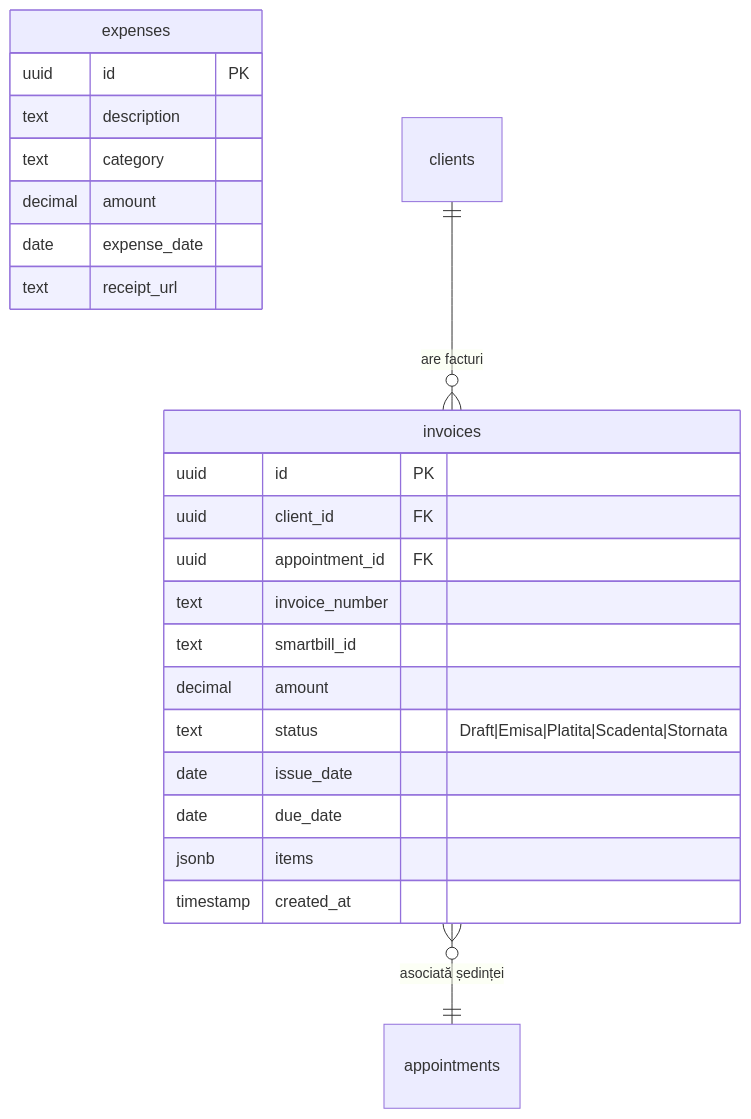
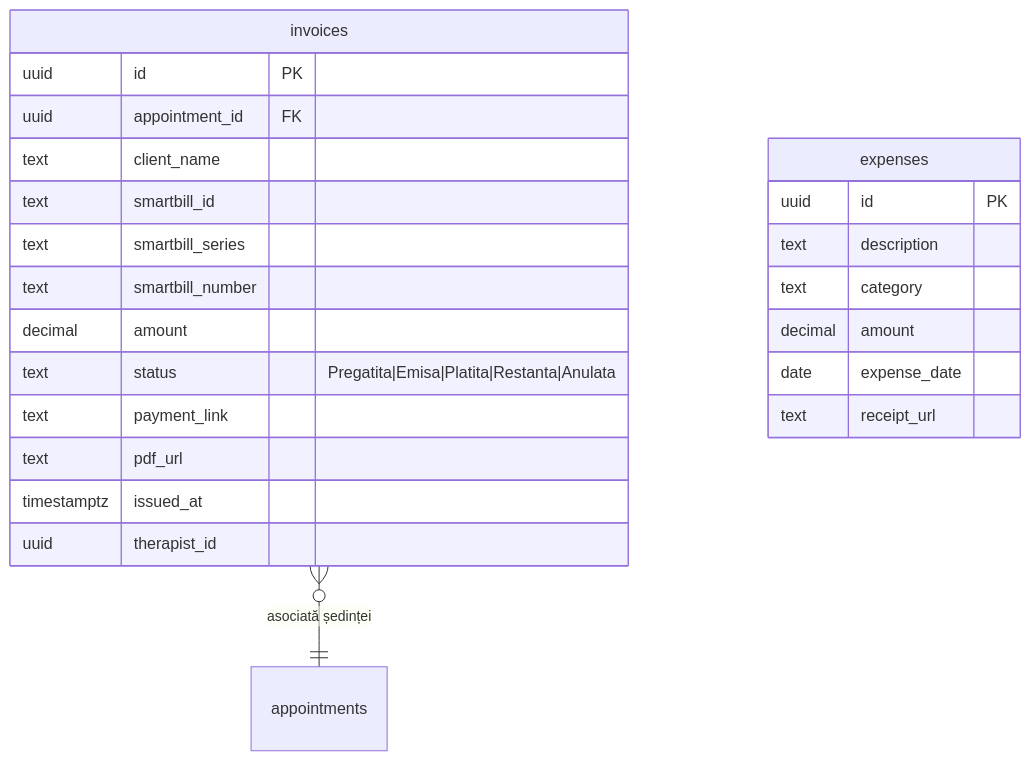
One commit to UBKraust/Oncolink changed the fifth of 6 diagrams in fluxuri/07_facturare.md. Above: the diagram before and after it, drawn with Mermaid. The commit also changed other lines of this file and 21 other files, not shown here.

````diff
--- a/fluxuri/07_facturare.md
+++ b/fluxuri/07_facturare.md
@@ -116,26 +123,26 @@
 ```mermaid
 erDiagram
     invoices {
         uuid id PK
-        uuid client_id FK
         uuid appointment_id FK
-        text invoice_number
+        text client_name
         text smartbill_id
+        text smartbill_series
+        text smartbill_number
         decimal amount
-        text status "Draft|Emisa|Platita|Scadenta|Stornata"
-        date issue_date
-        date due_date
-        jsonb items
-        timestamp created_at
+        text status "Pregatita|Emisa|Platita|Restanta|Anulata"
+        text payment_link
+        text pdf_url
+        timestamptz issued_at
+        uuid therapist_id
     }
     expenses {
         uuid id PK
         text description
         text category
         decimal amount
         date expense_date
         text receipt_url
     }
-    clients ||--o{ invoices : "are facturi"
     invoices }o--|| appointments : "asociată ședinței"
 ```
````
